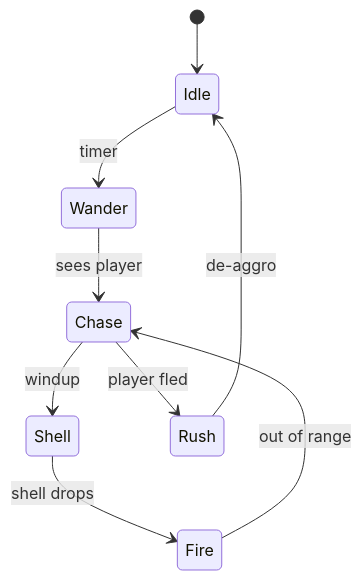
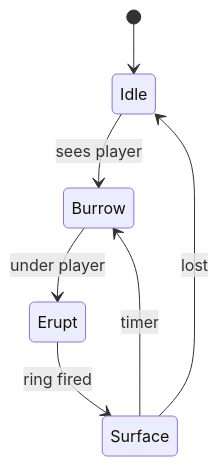
Diagram 20 of 45 in design/docs/enemies.md (lownpho/mages), drawn with Mermaid before and after one commit. The commit also changed other lines of this file and 80 other files, not shown here.

````diff
--- a/design/docs/enemies.md
+++ b/design/docs/enemies.md
@@ -477,11 +641,9 @@
 ```mermaid
 stateDiagram-v2
     [*] --> Idle
-    Idle --> Wander : timer
-    Wander --> Chase : sees player
-    Chase --> Shell : windup
-    Shell --> Fire : shell drops
-    Fire --> Chase : out of range
-    Chase --> Rush : player fled
-    Rush --> Idle : de-aggro
+    Idle --> Burrow : sees player
+    Burrow --> Erupt : under player
+    Erupt --> Surface : ring fired
+    Surface --> Burrow : timer
+    Surface --> Idle : lost
 ```
````
